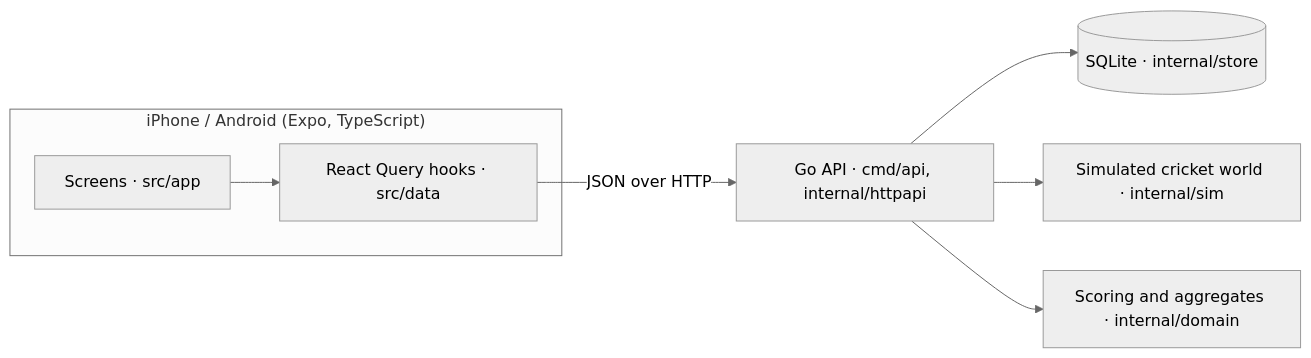
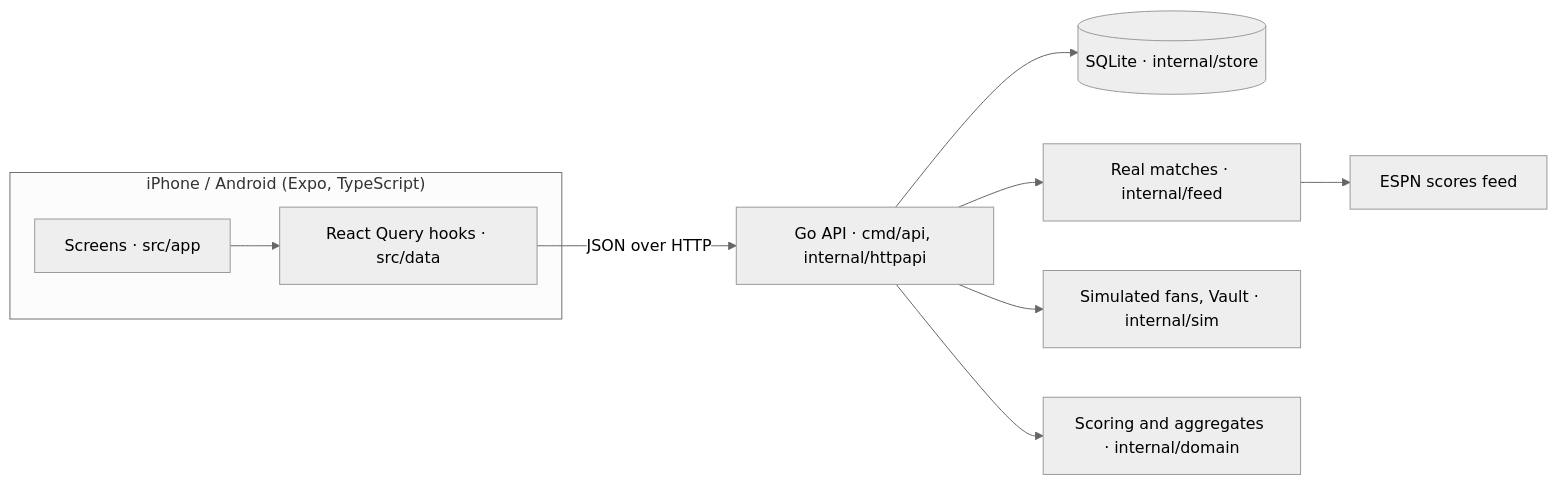
One commit to swathivallabhaneni289/innings changed the diagram in README.md. Above: the diagram before and after it, drawn with Mermaid (neutral theme). The commit also changed other lines of this file and 23 other files, not shown here.

First line of the commit message:
feat(api): real matches from ESPN's public scores feed

````diff
--- a/README.md
+++ b/README.md
@@ -71,10 +71,11 @@
 ```mermaid
 flowchart LR
   subgraph Phone["iPhone / Android (Expo, TypeScript)"]
     UI["Screens · src/app"] --> Data["React Query hooks · src/data"]
   end
   Data -- "JSON over HTTP" --> API["Go API · cmd/api, internal/httpapi"]
   API --> Store[("SQLite · internal/store")]
-  API --> Sim["Simulated cricket world · internal/sim"]
+  API --> Feed["Real matches · internal/feed"] --> Provider["ESPN scores feed"]
+  API --> Sim["Simulated fans, Vault · internal/sim"]
   API --> Rules["Scoring and aggregates · internal/domain"]
 ```
````
